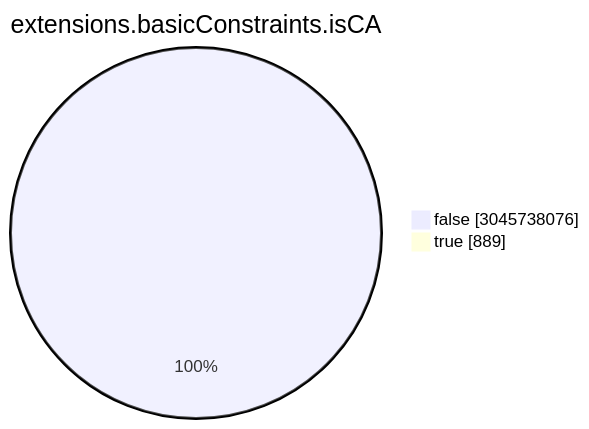
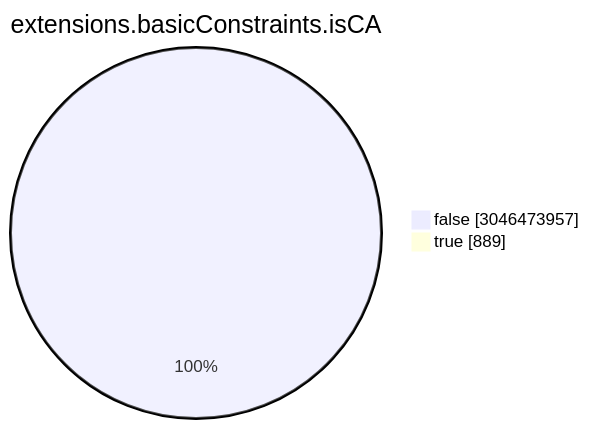
The seventh of 15 diagrams in TOTAL/README.md (christiankrug/ctmonitor_visualization), drawn with Mermaid before and after one commit. The commit also changed other lines of this file, not shown here.

````diff
--- a/TOTAL/README.md
+++ b/TOTAL/README.md
@@ -3088,6 +3088,6 @@
 ```mermaid
 pie showData
 title extensions.basicConstraints.isCA
-"false" :3045738076
+"false" :3046473957
 "true" :889
 ```
````
